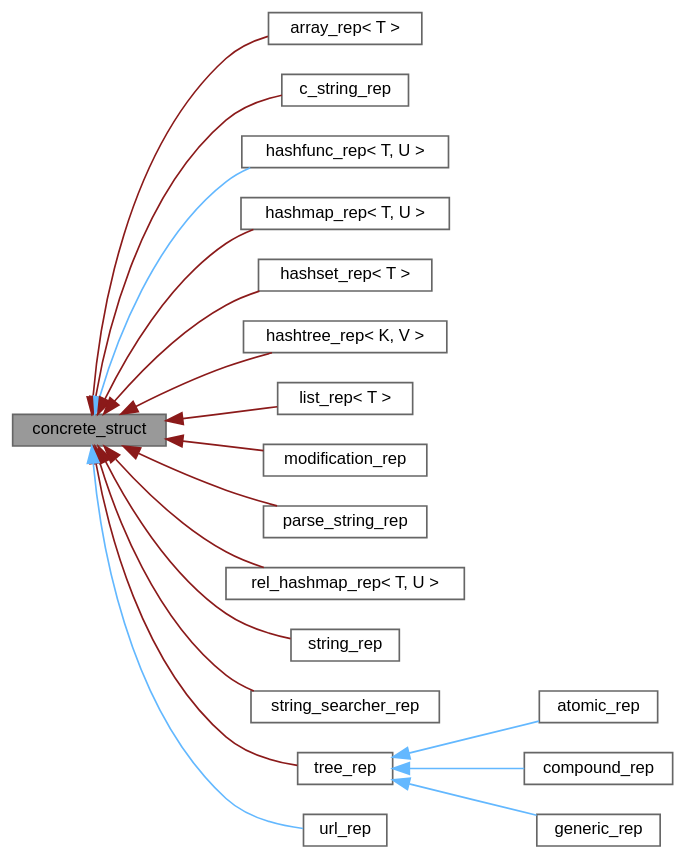
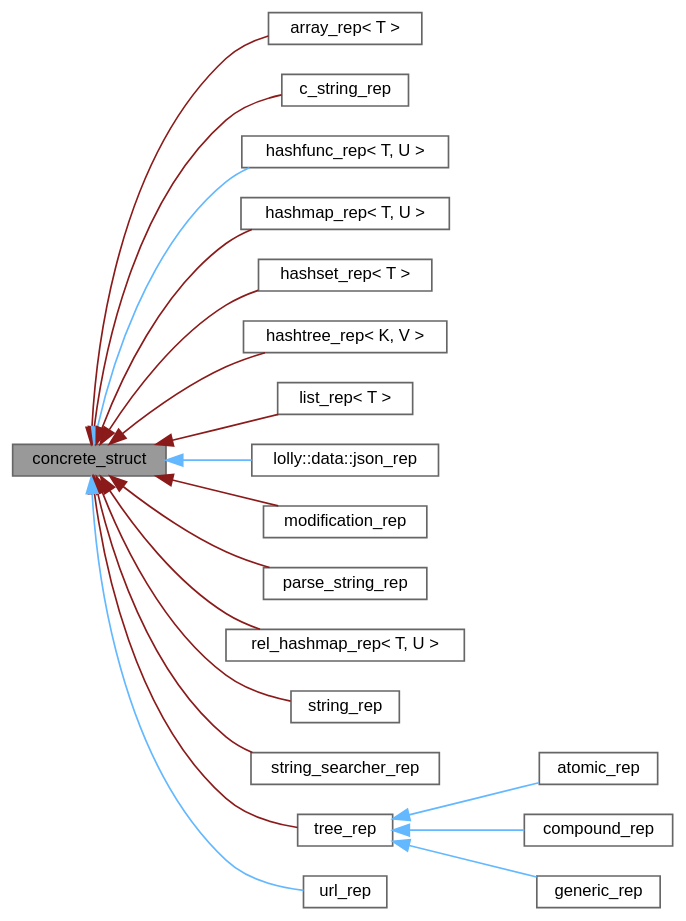
Before and after one commit to XmacsLabs/lolly: the diagram in structconcrete__struct__inherit__graph.dot, drawn with Graphviz. The commit also changed 394 other files, not shown here.

```diff
--- a/structconcrete__struct__inherit__graph.dot
+++ b/structconcrete__struct__inherit__graph.dot
@@ -1,43 +1,45 @@
 digraph "concrete_struct"
 {
  // LATEX_PDF_SIZE
   bgcolor="transparent";
   edge [fontname=Helvetica,fontsize=10,labelfontname=Helvetica,labelfontsize=10];
   node [fontname=Helvetica,fontsize=10,shape=box,height=0.2,width=0.4];
   rankdir="LR";
   Node1 [label="concrete_struct",height=0.2,width=0.4,color="gray40", fillcolor="grey60", style="filled", fontcolor="black",tooltip="Structure representing a concrete object with a reference count."];
   Node1 -> Node2 [dir="back",color="firebrick4",style="solid"];
   Node2 [label="array_rep\< T \>",height=0.2,width=0.4,color="gray40", fillcolor="white", style="filled",URL="$classarray__rep.html",tooltip="A concrete struct representing the implementation of an array."];
   Node1 -> Node3 [dir="back",color="firebrick4",style="solid"];
   Node3 [label="c_string_rep",height=0.2,width=0.4,color="gray40", fillcolor="white", style="filled",URL="$classc__string__rep.html",tooltip=" "];
   Node1 -> Node4 [dir="back",color="steelblue1",style="solid"];
   Node4 [label="hashfunc_rep\< T, U \>",height=0.2,width=0.4,color="gray40", fillcolor="white", style="filled",URL="$classhashfunc__rep.html",tooltip="A concrete implementation of a hash function for a given type."];
   Node1 -> Node5 [dir="back",color="firebrick4",style="solid"];
   Node5 [label="hashmap_rep\< T, U \>",height=0.2,width=0.4,color="gray40", fillcolor="white", style="filled",URL="$classhashmap__rep.html",tooltip=" "];
   Node1 -> Node6 [dir="back",color="firebrick4",style="solid"];
   Node6 [label="hashset_rep\< T \>",height=0.2,width=0.4,color="gray40", fillcolor="white", style="filled",URL="$classhashset__rep.html",tooltip="The hashset_rep class represents an entry in a hash set."];
   Node1 -> Node7 [dir="back",color="firebrick4",style="solid"];
   Node7 [label="hashtree_rep\< K, V \>",height=0.2,width=0.4,color="gray40", fillcolor="white", style="filled",URL="$classhashtree__rep.html",tooltip=" "];
   Node1 -> Node8 [dir="back",color="firebrick4",style="solid"];
   Node8 [label="list_rep\< T \>",height=0.2,width=0.4,color="gray40", fillcolor="white", style="filled",URL="$classlist__rep.html",tooltip="The list_rep class represents a node in a linked list."];
-  Node1 -> Node9 [dir="back",color="firebrick4",style="solid"];
-  Node9 [label="modification_rep",height=0.2,width=0.4,color="gray40", fillcolor="white", style="filled",URL="$classmodification__rep.html",tooltip=" "];
+  Node1 -> Node9 [dir="back",color="steelblue1",style="solid"];
+  Node9 [label="lolly::data::json_rep",height=0.2,width=0.4,color="gray40", fillcolor="white", style="filled",URL="$structlolly_1_1data_1_1json__rep.html",tooltip=" "];
   Node1 -> Node10 [dir="back",color="firebrick4",style="solid"];
-  Node10 [label="parse_string_rep",height=0.2,width=0.4,color="gray40", fillcolor="white", style="filled",URL="$classparse__string__rep.html",tooltip=" "];
+  Node10 [label="modification_rep",height=0.2,width=0.4,color="gray40", fillcolor="white", style="filled",URL="$classmodification__rep.html",tooltip=" "];
   Node1 -> Node11 [dir="back",color="firebrick4",style="solid"];
-  Node11 [label="rel_hashmap_rep\< T, U \>",height=0.2,width=0.4,color="gray40", fillcolor="white", style="filled",URL="$classrel__hashmap__rep.html",tooltip=" "];
+  Node11 [label="parse_string_rep",height=0.2,width=0.4,color="gray40", fillcolor="white", style="filled",URL="$classparse__string__rep.html",tooltip=" "];
   Node1 -> Node12 [dir="back",color="firebrick4",style="solid"];
-  Node12 [label="string_rep",height=0.2,width=0.4,color="gray40", fillcolor="white", style="filled",URL="$classstring__rep.html",tooltip=" "];
+  Node12 [label="rel_hashmap_rep\< T, U \>",height=0.2,width=0.4,color="gray40", fillcolor="white", style="filled",URL="$classrel__hashmap__rep.html",tooltip=" "];
   Node1 -> Node13 [dir="back",color="firebrick4",style="solid"];
-  Node13 [label="string_searcher_rep",height=0.2,width=0.4,color="gray40", fillcolor="white", style="filled",URL="$classstring__searcher__rep.html",tooltip=" "];
+  Node13 [label="string_rep",height=0.2,width=0.4,color="gray40", fillcolor="white", style="filled",URL="$classstring__rep.html",tooltip=" "];
   Node1 -> Node14 [dir="back",color="firebrick4",style="solid"];
-  Node14 [label="tree_rep",height=0.2,width=0.4,color="gray40", fillcolor="white", style="filled",URL="$classtree__rep.html",tooltip=" "];
-  Node14 -> Node15 [dir="back",color="steelblue1",style="solid"];
-  Node15 [label="atomic_rep",height=0.2,width=0.4,color="gray40", fillcolor="white", style="filled",URL="$classatomic__rep.html",tooltip=" "];
-  Node14 -> Node16 [dir="back",color="steelblue1",style="solid"];
-  Node16 [label="compound_rep",height=0.2,width=0.4,color="gray40", fillcolor="white", style="filled",URL="$classcompound__rep.html",tooltip=" "];
-  Node14 -> Node17 [dir="back",color="steelblue1",style="solid"];
-  Node17 [label="generic_rep",height=0.2,width=0.4,color="gray40", fillcolor="white", style="filled",URL="$classgeneric__rep.html",tooltip=" "];
-  Node1 -> Node18 [dir="back",color="steelblue1",style="solid"];
-  Node18 [label="url_rep",height=0.2,width=0.4,color="gray40", fillcolor="white", style="filled",URL="$structurl__rep.html",tooltip=" "];
+  Node14 [label="string_searcher_rep",height=0.2,width=0.4,color="gray40", fillcolor="white", style="filled",URL="$classstring__searcher__rep.html",tooltip=" "];
+  Node1 -> Node15 [dir="back",color="firebrick4",style="solid"];
+  Node15 [label="tree_rep",height=0.2,width=0.4,color="gray40", fillcolor="white", style="filled",URL="$classtree__rep.html",tooltip=" "];
+  Node15 -> Node16 [dir="back",color="steelblue1",style="solid"];
+  Node16 [label="atomic_rep",height=0.2,width=0.4,color="gray40", fillcolor="white", style="filled",URL="$classatomic__rep.html",tooltip=" "];
+  Node15 -> Node17 [dir="back",color="steelblue1",style="solid"];
+  Node17 [label="compound_rep",height=0.2,width=0.4,color="gray40", fillcolor="white", style="filled",URL="$classcompound__rep.html",tooltip=" "];
+  Node15 -> Node18 [dir="back",color="steelblue1",style="solid"];
+  Node18 [label="generic_rep",height=0.2,width=0.4,color="gray40", fillcolor="white", style="filled",URL="$classgeneric__rep.html",tooltip=" "];
+  Node1 -> Node19 [dir="back",color="steelblue1",style="solid"];
+  Node19 [label="url_rep",height=0.2,width=0.4,color="gray40", fillcolor="white", style="filled",URL="$structurl__rep.html",tooltip=" "];
 }
```
